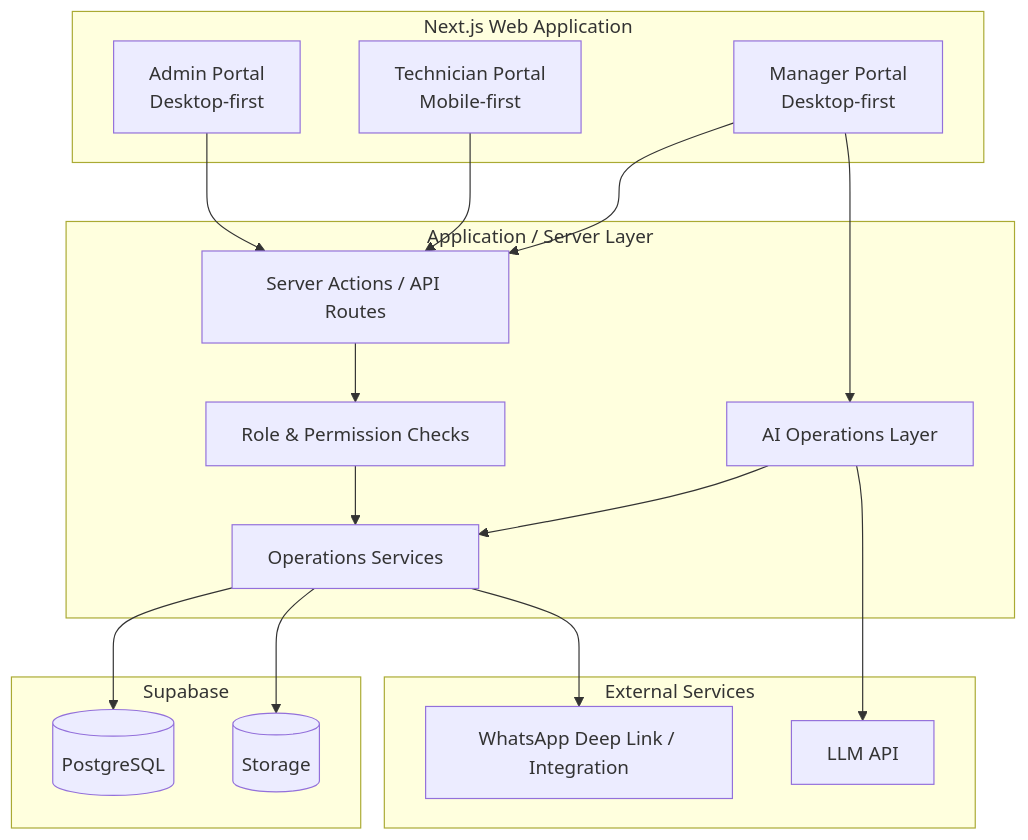
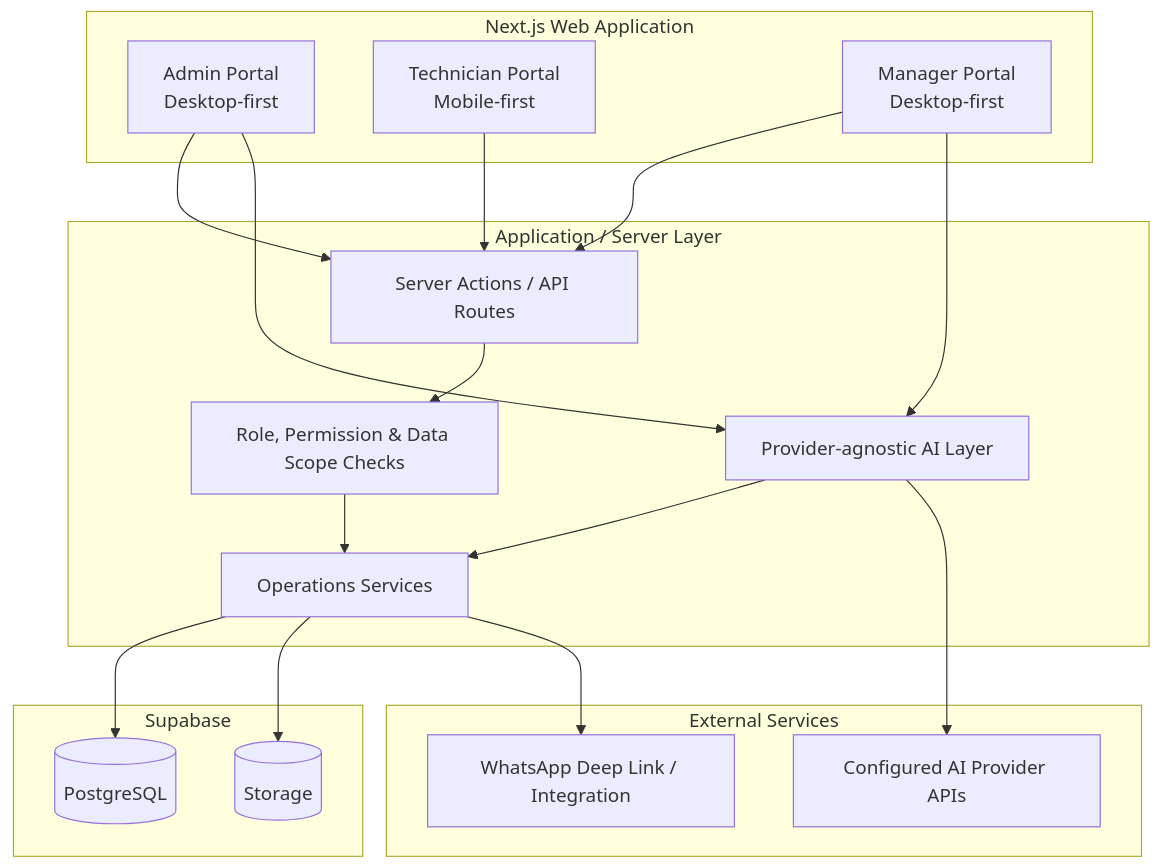
Before and after one commit to wong001110/sejukops-assessment: the fourth of 9 diagrams in README.md, drawn with Mermaid. The commit also changed other lines of this file, not shown here.

Commit message:
docs: refine portal and AI provider architecture

````diff
--- a/README.md
+++ b/README.md
@@ -74,37 +100,38 @@
 ```mermaid
 flowchart TB
     subgraph Client[Next.js Web Application]
         A[Admin Portal\nDesktop-first]
         T[Technician Portal\nMobile-first]
         M[Manager Portal\nDesktop-first]
     end
 
     subgraph Server[Application / Server Layer]
         API[Server Actions / API Routes]
-        AUTH[Role & Permission Checks]
+        AUTH[Role, Permission & Data Scope Checks]
         OPS[Operations Services]
-        AI[AI Operations Layer]
+        AI[Provider-agnostic AI Layer]
     end
 
     subgraph Supabase[Supabase]
         DB[(PostgreSQL)]
         STORAGE[(Storage)]
     end
 
     subgraph External[External Services]
-        LLM[LLM API]
+        PROVIDERS[Configured AI Provider APIs]
         WA[WhatsApp Deep Link / Integration]
     end
 
     A --> API
     T --> API
     M --> API
     API --> AUTH
     AUTH --> OPS
     OPS --> DB
     OPS --> STORAGE
     OPS --> WA
     M --> AI
+    A --> AI
     AI --> OPS
-    AI --> LLM
+    AI --> PROVIDERS
 ```
````
